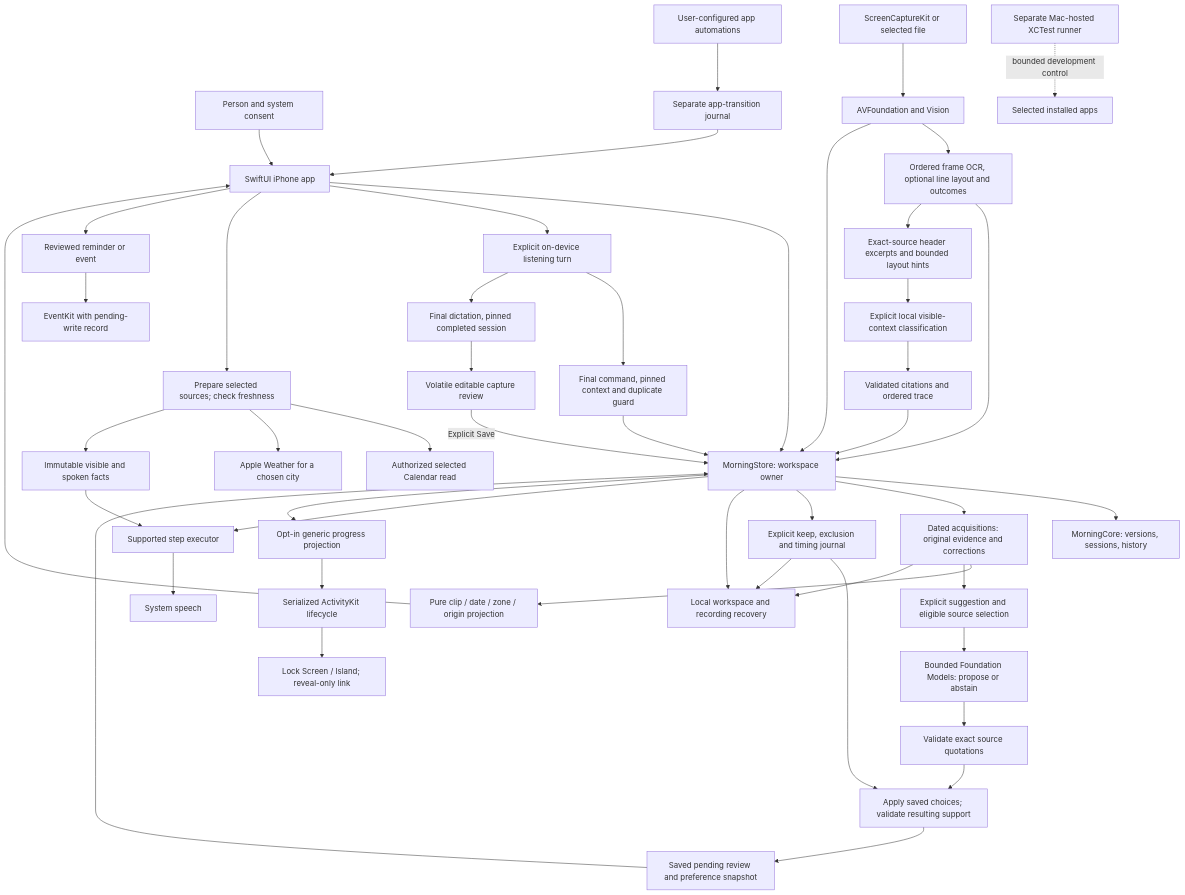
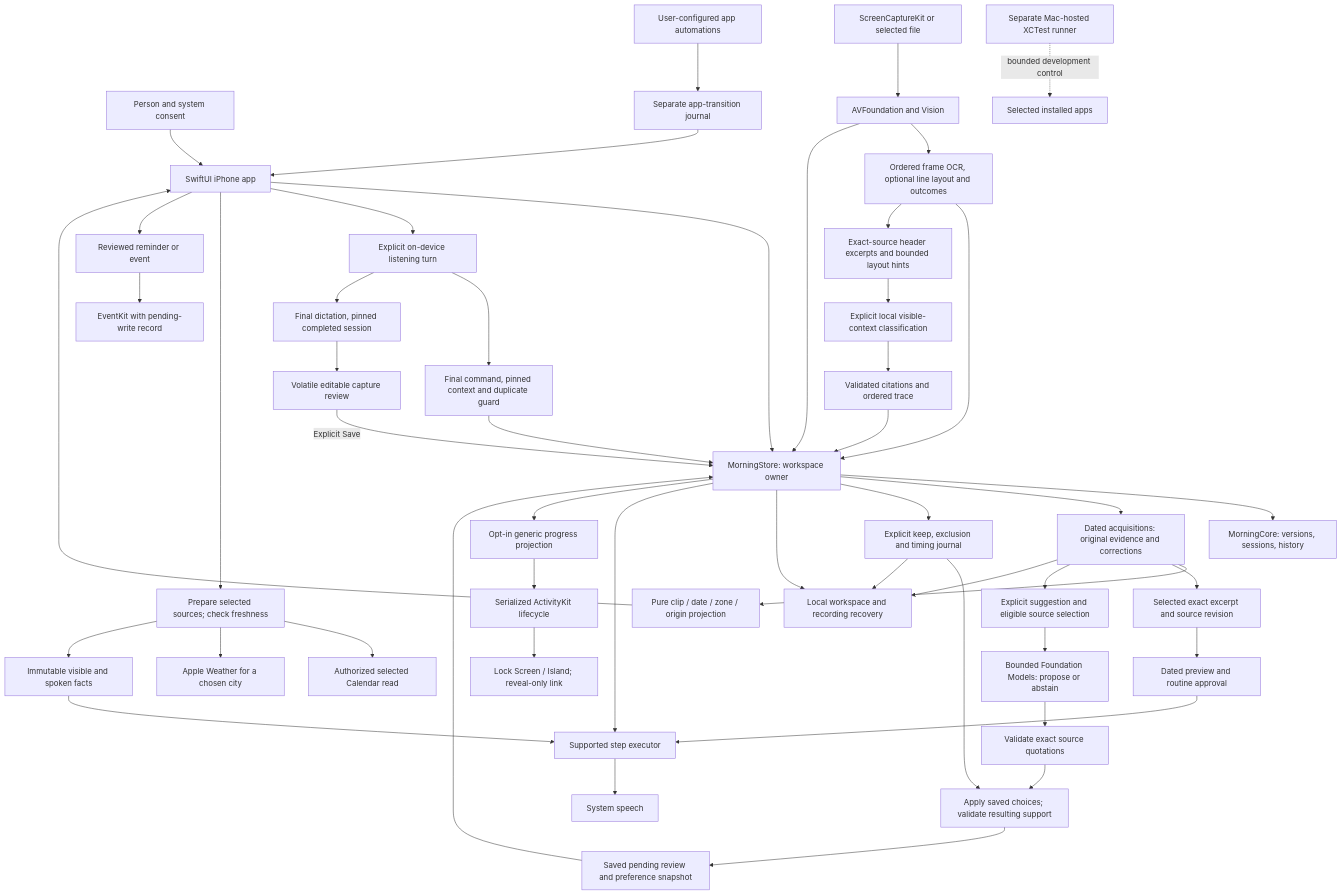
Before and after one commit to gderamchi/morning-operator: the first of 4 diagrams in docs/ARCHITECTURE.md, drawn with Mermaid. The commit also changed other lines of this file and 7 other files, not shown here.

````diff
--- a/docs/ARCHITECTURE.md
+++ b/docs/ARCHITECTURE.md
@@ -15,49 +13,52 @@
 ```mermaid
 flowchart TB
     Person["Person and system consent"] --> UI["SwiftUI iPhone app"]
     UI --> Store["MorningStore: workspace owner"]
     Capture["ScreenCaptureKit or selected file"] --> Media["AVFoundation and Vision"]
     Media --> Frames["Ordered frame OCR, optional line layout and outcomes"]
     Frames --> Store
     Frames --> Excerpts["Exact-source header excerpts and bounded layout hints"]
     Excerpts --> Context["Explicit local visible-context classification"]
     Context --> Trace["Validated citations and ordered trace"]
     Trace --> Store
     Media --> Store
     Store --> Core["MorningCore: versions, sessions, history"]
     Store --> Archive["Dated acquisitions: original evidence and corrections"]
     Archive --> EvidenceReview["Pure clip / date / zone / origin projection"]
     EvidenceReview --> UI
+    Archive --> Quotation["Selected exact excerpt and source revision"]
+    Quotation --> ApprovedQuote["Dated preview and routine approval"]
+    ApprovedQuote --> Runner
     Archive --> Selection["Explicit suggestion and eligible source selection"]
     Selection --> Model["Bounded Foundation Models: propose or abstain"]
     Model --> Citations["Validate exact source quotations"]
     Store --> Preferences["Explicit keep, exclusion and timing journal"]
     Citations --> Reconcile["Apply saved choices; validate resulting support"]
     Preferences --> Reconcile
     Reconcile --> Pending["Saved pending review and preference snapshot"]
     Pending --> Store
     Preferences --> Disk
     Archive --> Disk
     Store --> Disk["Local workspace and recording recovery"]
     Store --> Runner["Supported step executor"]
     Store --> Projection["Opt-in generic progress projection"]
     Projection --> Activity["Serialized ActivityKit lifecycle"]
     Activity --> Widget["Lock Screen / Island; reveal-only link"]
     Runner --> Speech["System speech"]
     UI --> Listener["Explicit on-device listening turn"]
     Listener --> Command["Final command, pinned context and duplicate guard"]
     Command --> Store
     Listener --> CaptureText["Final dictation, pinned completed session"]
     CaptureText --> CaptureReview["Volatile editable capture review"]
     CaptureReview -->|Explicit Save| Store
     UI --> Briefing["Prepare selected sources; check freshness"]
     Briefing --> Calendar["Authorized selected Calendar read"]
     Briefing --> Weather["Apple Weather for a chosen city"]
     Briefing --> Prepared["Immutable visible and spoken facts"]
     Prepared --> Runner
     UI --> ReviewedSave["Reviewed reminder or event"]
     ReviewedSave --> EventKit["EventKit with pending-write record"]
     Shortcuts["User-configured app automations"] --> Journal["Separate app-transition journal"]
     Journal --> UI
     Harness["Separate Mac-hosted XCTest runner"] -. "bounded development control" .-> OtherApps["Selected installed apps"]
 ```
````
